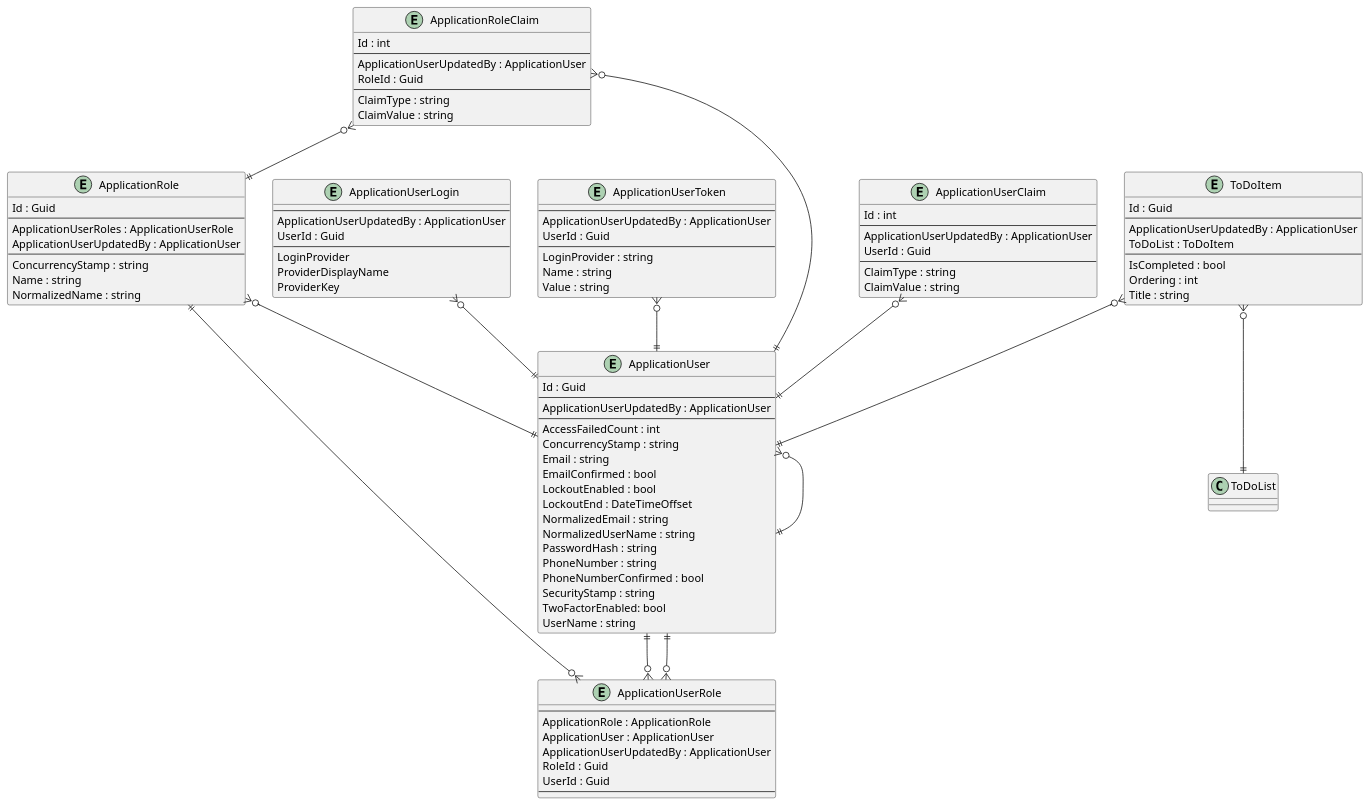
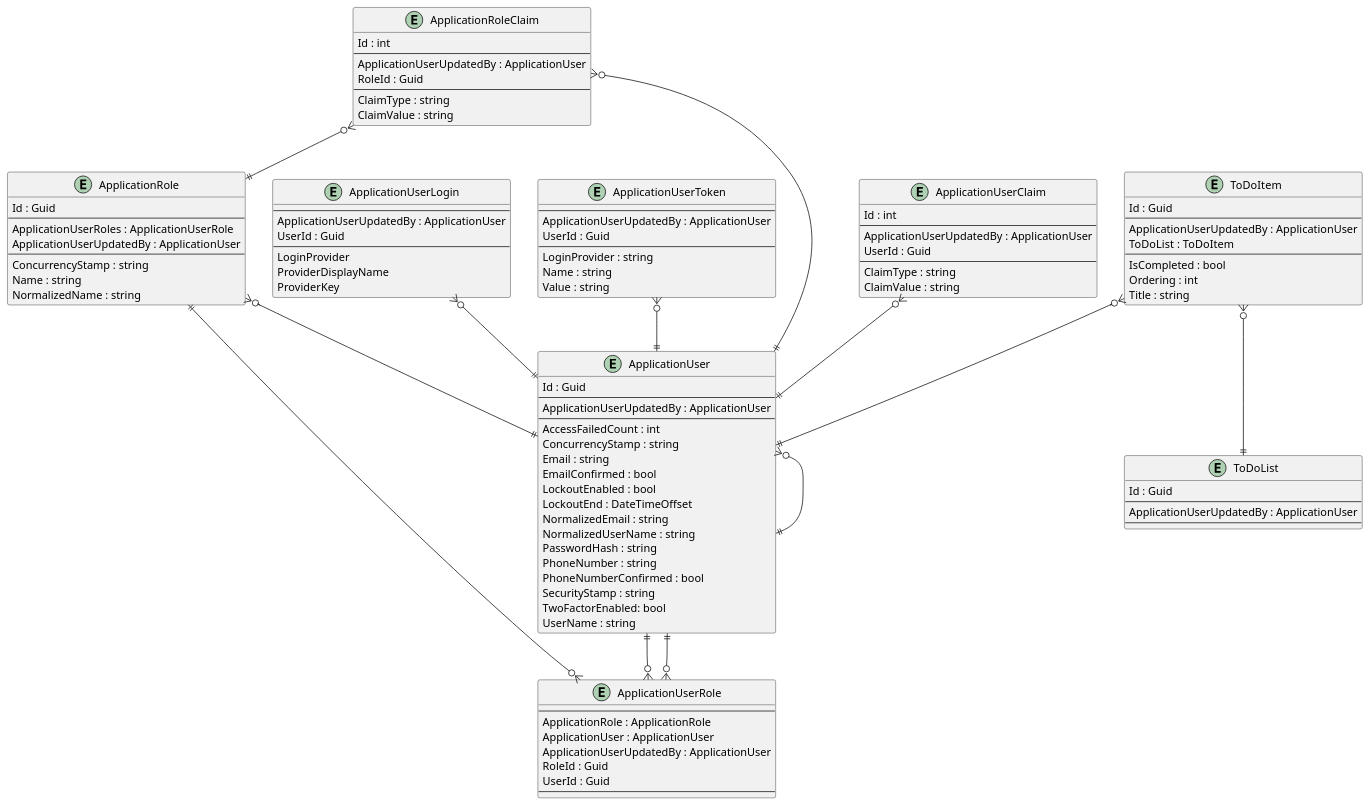
One commit to intrepion/intrepion_to-do_web_blazor changed the diagram in .docs/Intrepion.ToDo.pu. Above: the diagram before and after it, drawn with PlantUML.

Commit message:
gawk -i inplace "{ gsub(/' EntityCodePlaceholder/, \"entity ToDoList {\n\ \ \ \ Id : Guid\n\ \ \ \ --\n\ \ \ \ ApplicationUserUpdatedBy : ApplicationUser\n\ \ \ \ ' ToDoListKeyCodePlaceholder\n\ \ \ \ --\n\ \ \ \ ' ToDoListPropertyCodePlaceholder\n}\n\n' EntityCodePlaceholder\") }; { print }" .docs/Intrepion.ToDo.pu

```diff
--- a/.docs/Intrepion.ToDo.pu
+++ b/.docs/Intrepion.ToDo.pu
@@ -1,117 +1,126 @@
 @startuml
 
 entity ApplicationRole {
     Id : Guid
     --
     ApplicationUserRoles : ApplicationUserRole
     ApplicationUserUpdatedBy : ApplicationUser
     --
     ConcurrencyStamp : string
     Name : string
     NormalizedName : string
 }
 
 entity ApplicationRoleClaim {
     Id : int
     --
     ApplicationUserUpdatedBy : ApplicationUser
     RoleId : Guid
     --
     ClaimType : string
     ClaimValue : string
 }
 
 entity ApplicationUser {
     Id : Guid
     --
     ApplicationUserUpdatedBy : ApplicationUser
     ' ApplicationUserKeyCodePlaceholder
     --
     AccessFailedCount : int
     ConcurrencyStamp : string
     Email : string
     EmailConfirmed : bool
     LockoutEnabled : bool
     LockoutEnd : DateTimeOffset
     NormalizedEmail : string
     NormalizedUserName : string
     PasswordHash : string
     PhoneNumber : string
     PhoneNumberConfirmed : bool
     SecurityStamp : string
     TwoFactorEnabled: bool
     UserName : string
     ' ApplicationUserPropertyCodePlaceholder
 }
 
 entity ApplicationUserClaim {
     Id : int
     --
     ApplicationUserUpdatedBy : ApplicationUser
     UserId : Guid
     --
     ClaimType : string
     ClaimValue : string
 }
 
 entity ApplicationUserLogin {
     --
     ApplicationUserUpdatedBy : ApplicationUser
     UserId : Guid
     --
     LoginProvider
     ProviderDisplayName
     ProviderKey
 }
 
 entity ApplicationUserRole {
     --
     ApplicationRole : ApplicationRole
     ApplicationUser : ApplicationUser
     ApplicationUserUpdatedBy : ApplicationUser
     RoleId : Guid
     UserId : Guid
     --
 }
 
 entity ApplicationUserToken {
     --
     ApplicationUserUpdatedBy : ApplicationUser
     UserId : Guid
     --
     LoginProvider : string
     Name : string
     Value : string
 }
 
 entity ToDoItem {
     Id : Guid
     --
     ApplicationUserUpdatedBy : ApplicationUser
     ToDoList : ToDoItem
     ' ToDoItemKeyCodePlaceholder
     --
     IsCompleted : bool
     Ordering : int
     Title : string
     ' ToDoItemPropertyCodePlaceholder
 }
 
+entity ToDoList {
+    Id : Guid
+    --
+    ApplicationUserUpdatedBy : ApplicationUser
+    ' ToDoListKeyCodePlaceholder
+    --
+    ' ToDoListPropertyCodePlaceholder
+}
+
 ' EntityCodePlaceholder
 
 ApplicationRole ||--o{ ApplicationUserRole
 ApplicationRole }o--|| ApplicationUser
 ApplicationRoleClaim }o--|| ApplicationRole
 ApplicationRoleClaim }o--|| ApplicationUser
 ApplicationUser }o--|| ApplicationUser
 ApplicationUser ||--o{ ApplicationUserRole
 ApplicationUserClaim }o--|| ApplicationUser
 ApplicationUserLogin }o--|| ApplicationUser
 ApplicationUserRole }o--|| ApplicationUser
 ApplicationUserToken }o--|| ApplicationUser
 
 ToDoItem }o--|| ApplicationUser
 ToDoItem }o--|| ToDoList
 ' RelationshipCodePlaceholder
 
 @enduml
```
